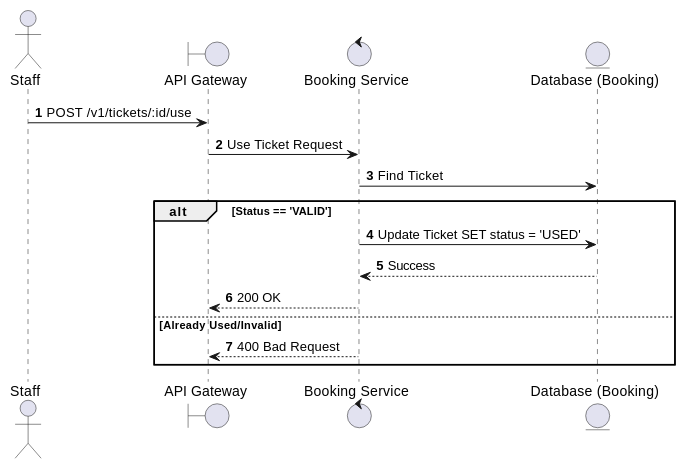
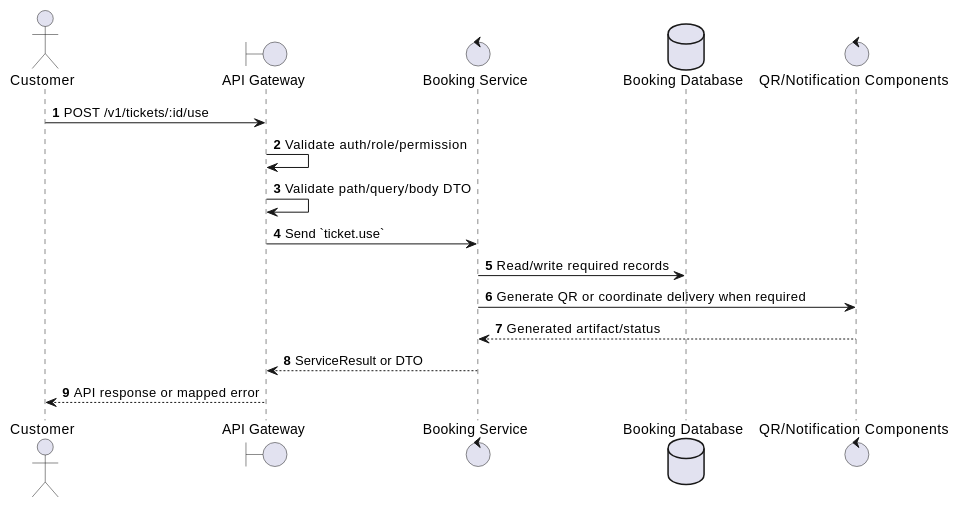
One commit to Tanh1603/movie-hub-architecture changed the first of 2 diagrams in docs/functional_specs/3.7_Ticket_Management_Module/TK-04_Use_Ticket.md. Above: the diagram before and after it, drawn with PlantUML. The commit also changed other lines of this file and 126 other files, not shown here.

````diff
--- a/docs/functional_specs/3.7_Ticket_Management_Module/TK-04_Use_Ticket.md
+++ b/docs/functional_specs/3.7_Ticket_Management_Module/TK-04_Use_Ticket.md
@@ -17,20 +17,20 @@
 ```plantuml
 @startuml
 autonumber
-actor Staff
+actor "Customer" as Actor
 boundary "API Gateway" as GW
-control "Booking Service" as BS
-entity "Database (Booking)" as DB
+control "Booking Service" as SVC
+database "Booking Database" as DB
+control "QR/Notification Components" as EXT
 
-Staff -> GW: POST /v1/tickets/:id/use
-GW -> BS: Use Ticket Request
-BS -> DB: Find Ticket
-alt Status == 'VALID'
-    BS -> DB: Update Ticket SET status = 'USED'
-    DB --> BS: Success
-    BS --> GW: 200 OK
-else Already Used/Invalid
-    BS --> GW: 400 Bad Request
-end
+Actor -> GW: POST /v1/tickets/:id/use
+GW -> GW: Validate auth/role/permission
+GW -> GW: Validate path/query/body DTO
+GW -> SVC: Send `ticket.use`
+SVC -> DB: Read/write required records
+SVC -> EXT: Generate QR or coordinate delivery when required
+EXT --> SVC: Generated artifact/status
+SVC --> GW: ServiceResult or DTO
+GW --> Actor: API response or mapped error
 @enduml
 ```
````
